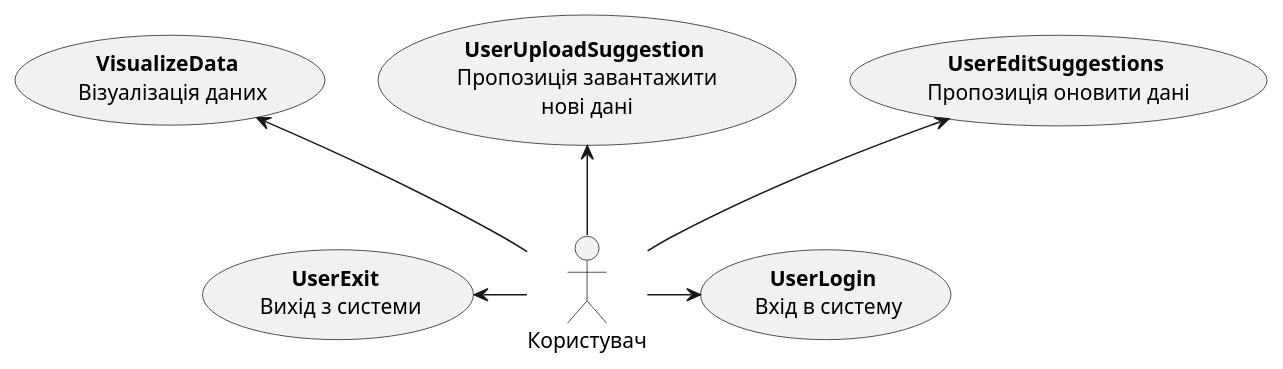
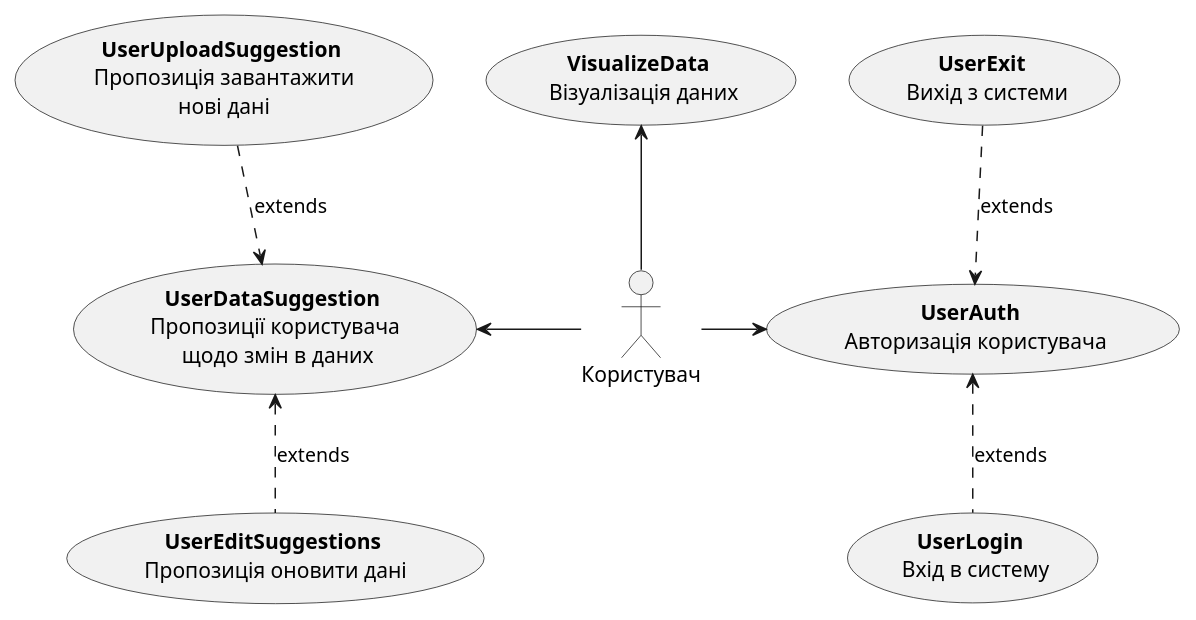
One commit to dimatortik/db-course-theme2 changed the diagram in docs/use cases/puml/use-case-03.puml. Above: the diagram before and after it, drawn with PlantUML. The commit also changed 3 other files, not shown here.

```diff
--- a/docs/use cases/puml/use-case-03.puml
+++ b/docs/use cases/puml/use-case-03.puml
@@ -8,16 +8,22 @@
 @startuml
     actor "Користувач" as User
     
     usecase "<b>UserLogin<b> \n Вхід в систему" as UC_1
     usecase "<b>UserExit<b> \n Вихід з системи" as UC_2
     usecase "<b>UserEditSuggestions<b> \n Пропозиція оновити дані " as UC_3
     usecase "<b>UserUploadSuggestion<b> \n Пропозиція завантажити \n нові дані " as UC_4
     usecase "<b>VisualizeData<b> \n Візуалізація даних" as UC_5
+    usecase "<b>UserAuth<b> \n Авторизація користувача" as UC_6
+    usecase "<b>UserDataSuggestion<b> \n Пропозиції користувача \n щодо змін в даних" as UC_7
 
-    User -r-> UC_1
-    User -u-> UC_3
-    User -l-> UC_2
-    User -u-> UC_4
+    UC_1 .u.> UC_6:extends
+    UC_2 .d.> UC_6:extends
+    
+    UC_3 .u.> UC_7:extends
+    UC_4 .d.> UC_7:extends
+    
+    User -l-> UC_7
+    User -r-> UC_6
     User -u-> UC_5
 
 @enduml
```
